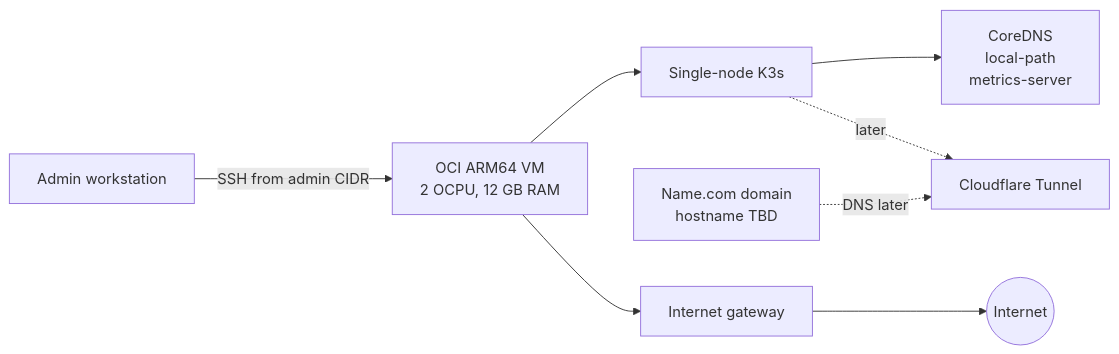
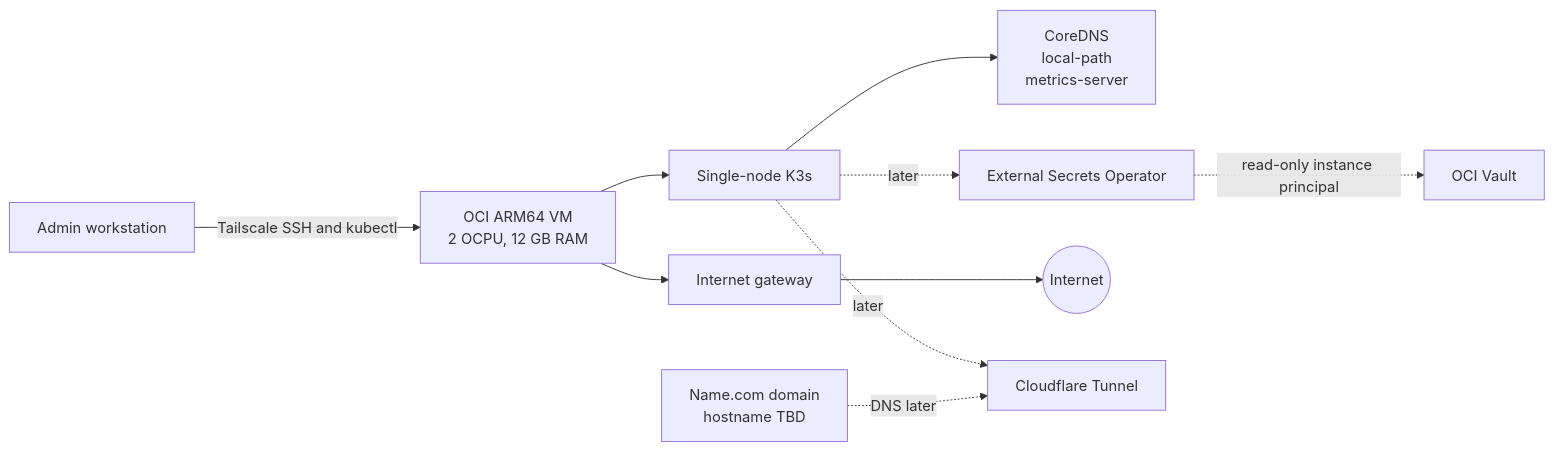
The third of 3 diagrams in README.md (Disease-Prediction-ASET26/disease-prediction-infra), drawn with Mermaid before and after one commit. The commit also changed other lines of this file and 2 other files, not shown here.

Commit message:
Add OCI Vault access for K3s (#13)

````diff
--- a/README.md
+++ b/README.md
@@ -48,8 +53,10 @@
 ```mermaid
 flowchart LR
-  admin[Admin workstation] -->|SSH from admin CIDR| vm[OCI ARM64 VM<br/>2 OCPU, 12 GB RAM]
+  admin[Admin workstation] -->|Tailscale SSH and kubectl| vm[OCI ARM64 VM<br/>2 OCPU, 12 GB RAM]
   vm --> cluster[Single-node K3s] --> pods[CoreDNS<br/>local-path<br/>metrics-server]
+  cluster -. later .-> eso[External Secrets Operator]
+  eso -. read-only instance principal .-> vault[OCI Vault]
   vm --> gateway[Internet gateway] --> internet((Internet))
   cluster -. later .-> tunnel[Cloudflare Tunnel]
   domain[Name.com domain<br/>hostname TBD] -. DNS later .-> tunnel
 ```
````
